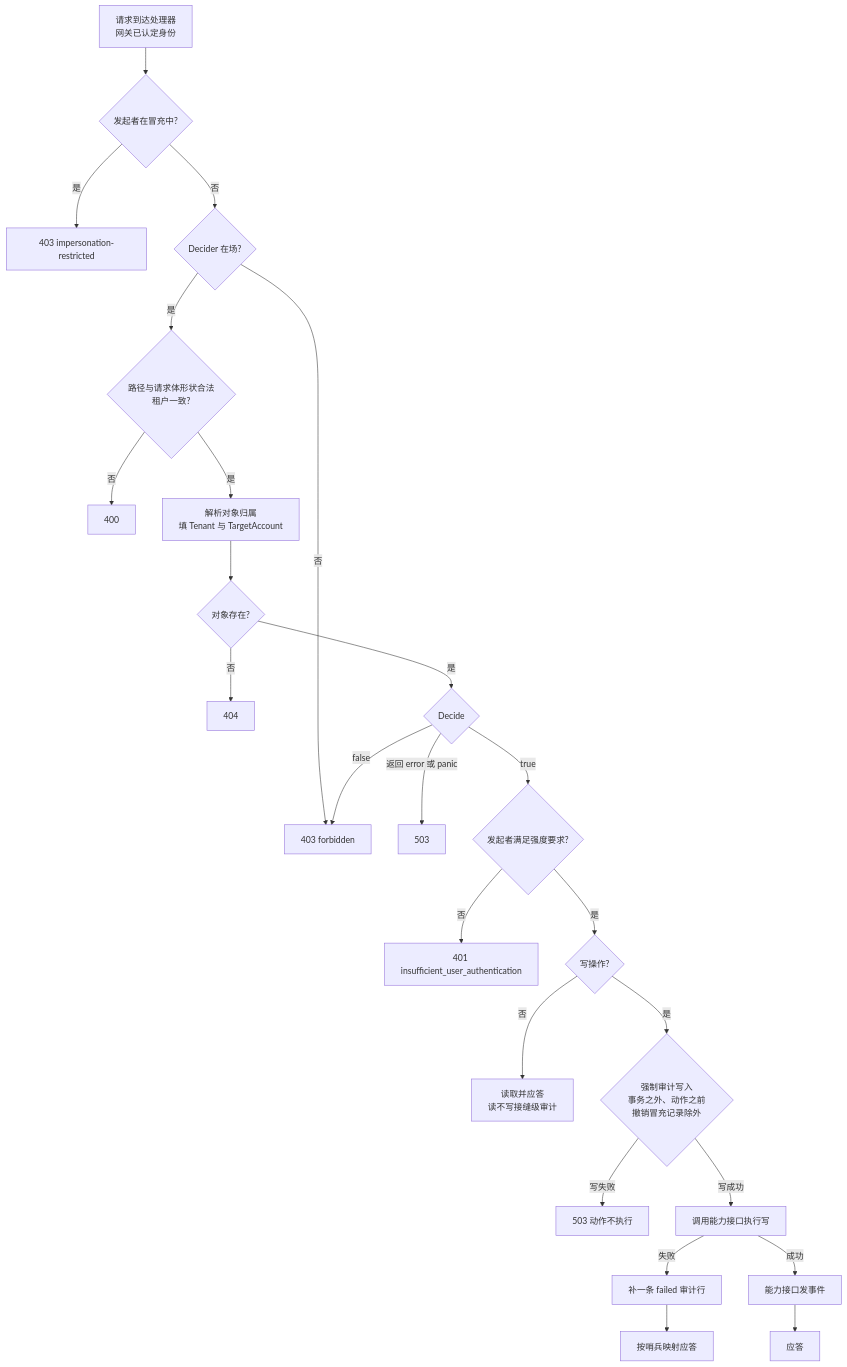
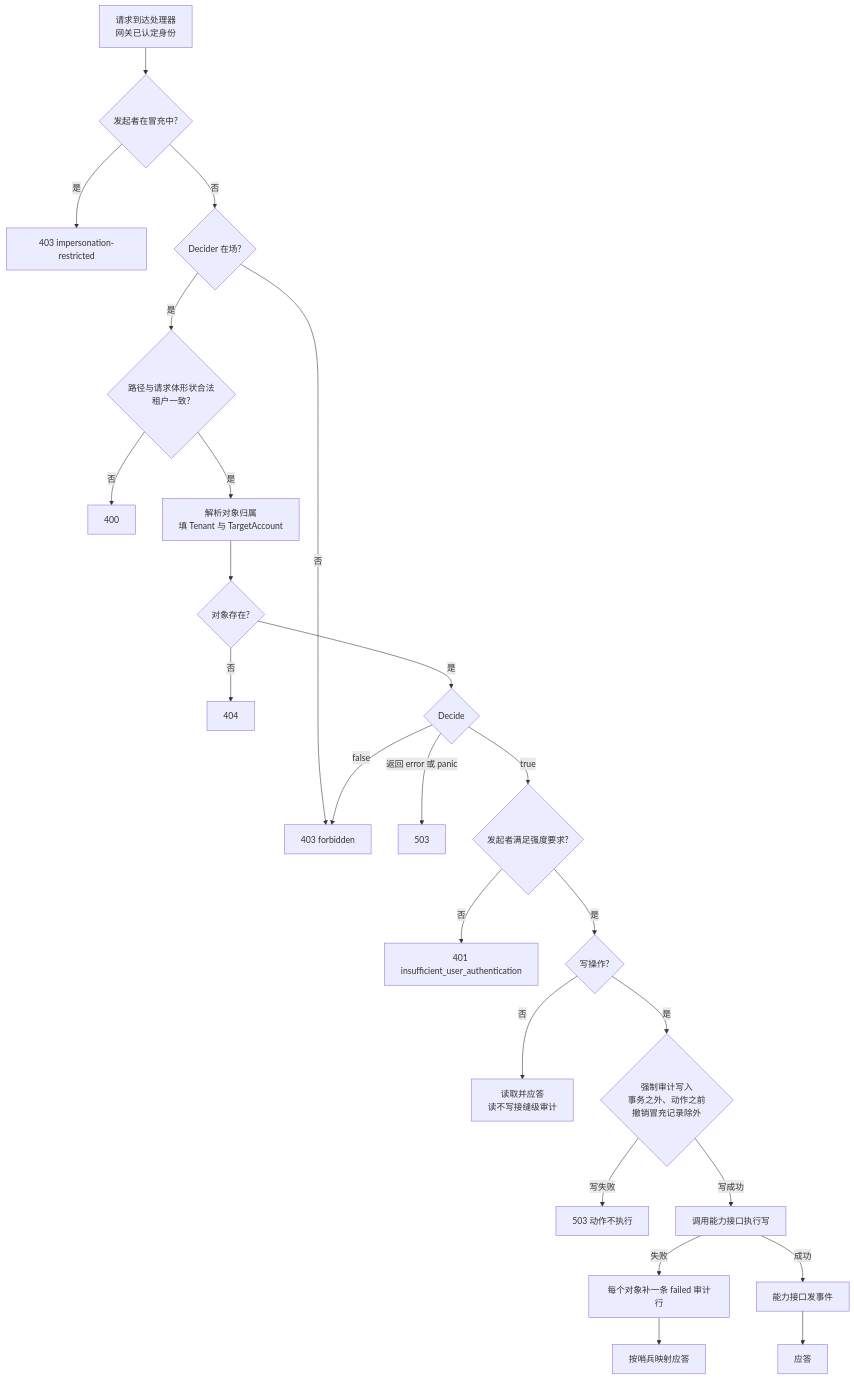
Before and after one commit to wangzw/speed: the second of 2 diagrams in docs/design/modules/authn/design-authn-admin.md, drawn with Mermaid. The commit also changed other lines of this file, not shown here.

````diff
--- a/docs/design/modules/authn/design-authn-admin.md
+++ b/docs/design/modules/authn/design-authn-admin.md
@@ -278,24 +278,24 @@
 ```mermaid
 flowchart TD
     A["请求到达处理器<br/>网关已认定身份"] --> B{"发起者在冒充中?"}
     B -- 是 --> R1["403 impersonation-restricted"]
     B -- 否 --> C{"Decider 在场?"}
     C -- 否 --> R2["403 forbidden"]
     C -- 是 --> D{"路径与请求体形状合法<br/>租户一致?"}
     D -- 否 --> R3["400"]
     D -- 是 --> E["解析对象归属<br/>填 Tenant 与 TargetAccount"]
     E --> F{"对象存在?"}
     F -- 否 --> R4["404"]
     F -- 是 --> G{"Decide"}
     G -- "返回 error 或 panic" --> R5["503"]
     G -- "false" --> R2
     G -- "true" --> H{"发起者满足强度要求?"}
     H -- 否 --> R6["401 insufficient_user_authentication"]
     H -- 是 --> I{"写操作?"}
     I -- 否 --> J["读取并应答<br/>读不写接缝级审计"]
     I -- 是 --> K{"强制审计写入<br/>事务之外、动作之前<br/>撤销冒充记录除外"}
     K -- 写失败 --> R7["503 动作不执行"]
     K -- 写成功 --> L["调用能力接口执行写"]
-    L -- 失败 --> M["补一条 failed 审计行"] --> R8["按哨兵映射应答"]
+    L -- 失败 --> M["每个对象补一条 failed 审计行"] --> R8["按哨兵映射应答"]
     L -- 成功 --> N["能力接口发事件"] --> O["应答"]
 ```
````
